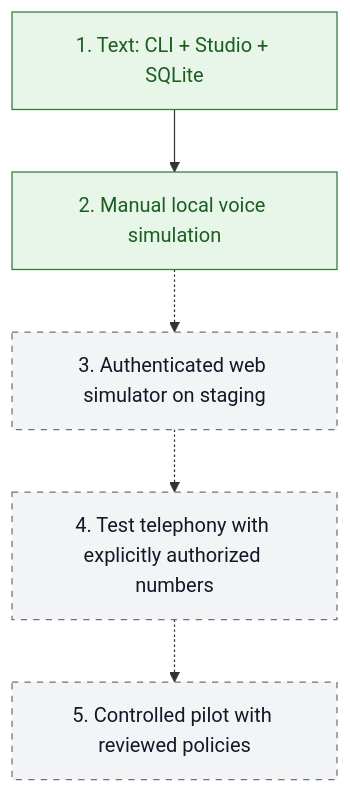
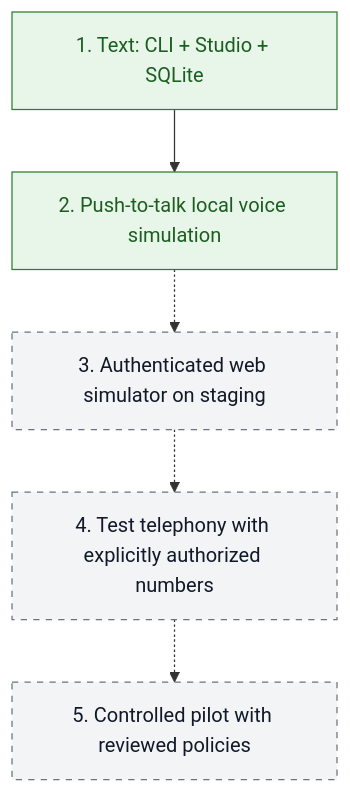
One commit to sergiomorapardo/AgenticDebtCollection changed the first of 2 diagrams in docs/ROADMAP.md. Above: the diagram before and after it, drawn with Mermaid. The commit also changed other lines of this file and 3 other files, not shown here.

````diff
--- a/docs/ROADMAP.md
+++ b/docs/ROADMAP.md
@@ -5,11 +5,11 @@
 ```mermaid
 flowchart TD
-    A[1. Text: CLI + Studio + SQLite] --> B[2. Manual local voice simulation]
+    A[1. Text: CLI + Studio + SQLite] --> B[2. Push-to-talk local voice simulation]
     B -.-> C[3. Authenticated web simulator on staging]
     C -.-> D[4. Test telephony with explicitly authorized numbers]
     D -.-> E[5. Controlled pilot with reviewed policies]
     classDef ready fill:#e8f5e9,stroke:#2e7d32,color:#1b5e20
     classDef planned fill:#f3f4f6,stroke:#6b7280,color:#111827,stroke-dasharray:5 5
     class A,B ready
     class C,D,E planned
 ```
````
